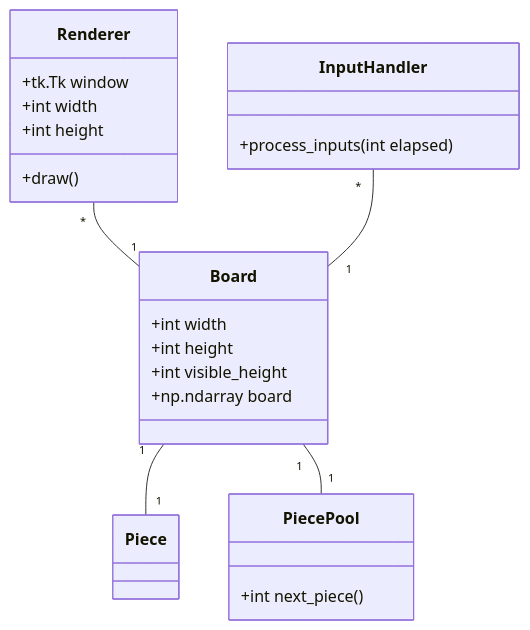
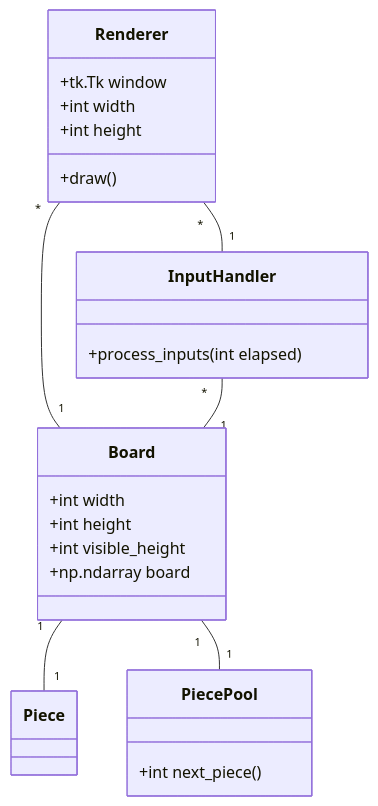
The first of 2 diagrams in dokumentaatio/arkkitehtuuri.md (ossi-hy/ot-harjoitustyo), drawn with Mermaid before and after one commit.

Commit message:
updated architechure

````diff
--- a/dokumentaatio/arkkitehtuuri.md
+++ b/dokumentaatio/arkkitehtuuri.md
@@ -11,28 +11,29 @@
 ```mermaid
 classDiagram
     class Board {
         +int width
         +int height
         +int visible_height
         +np.ndarray board
     }
     class PiecePool {
         +int next_piece()
     }
     class Piece
     class Renderer {
         +tk.Tk window
         +int width
         +int height
         +draw()
     }
     class InputHandler {
         +process_inputs(int elapsed)
     }
 
     Board "1" -- "1" Piece
     Board "1" -- "1" PiecePool
     Renderer "*" -- "1" Board
     InputHandler "*" -- "1" Board
+    Renderer "*" -- "1" InputHandler
 
 ```
````
